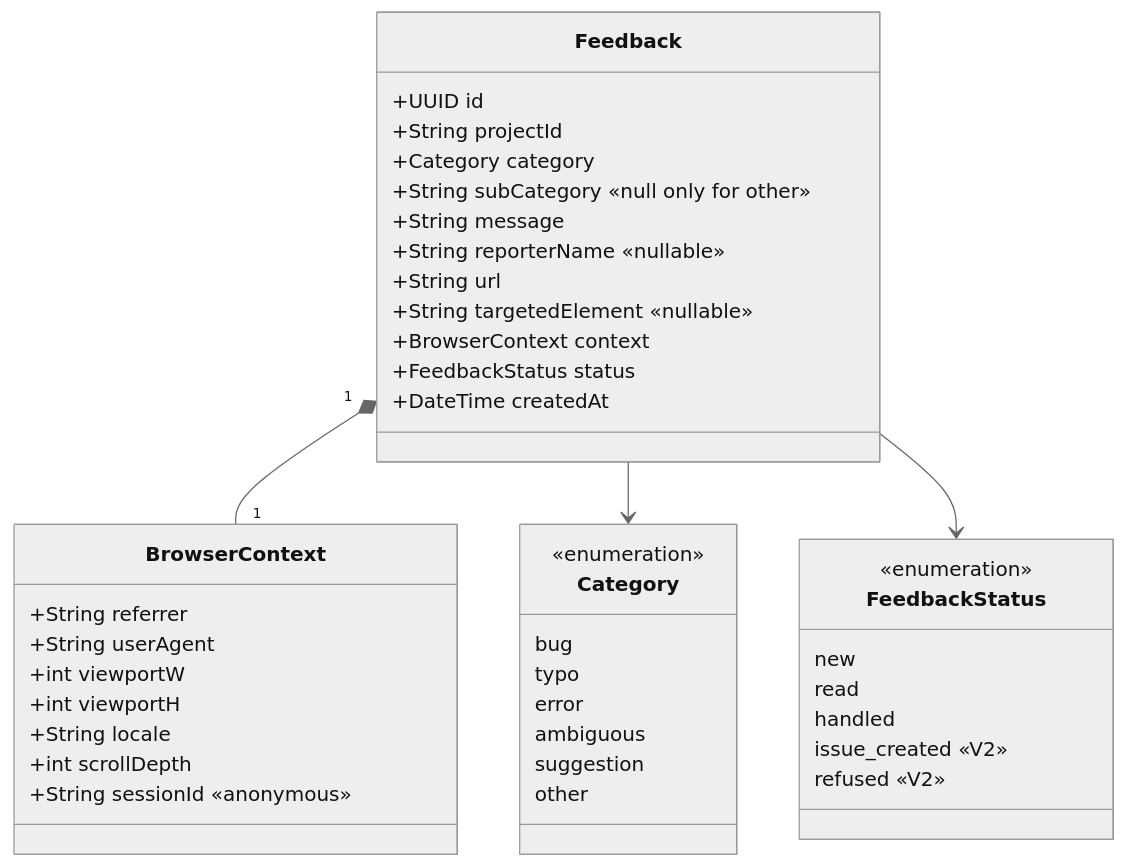
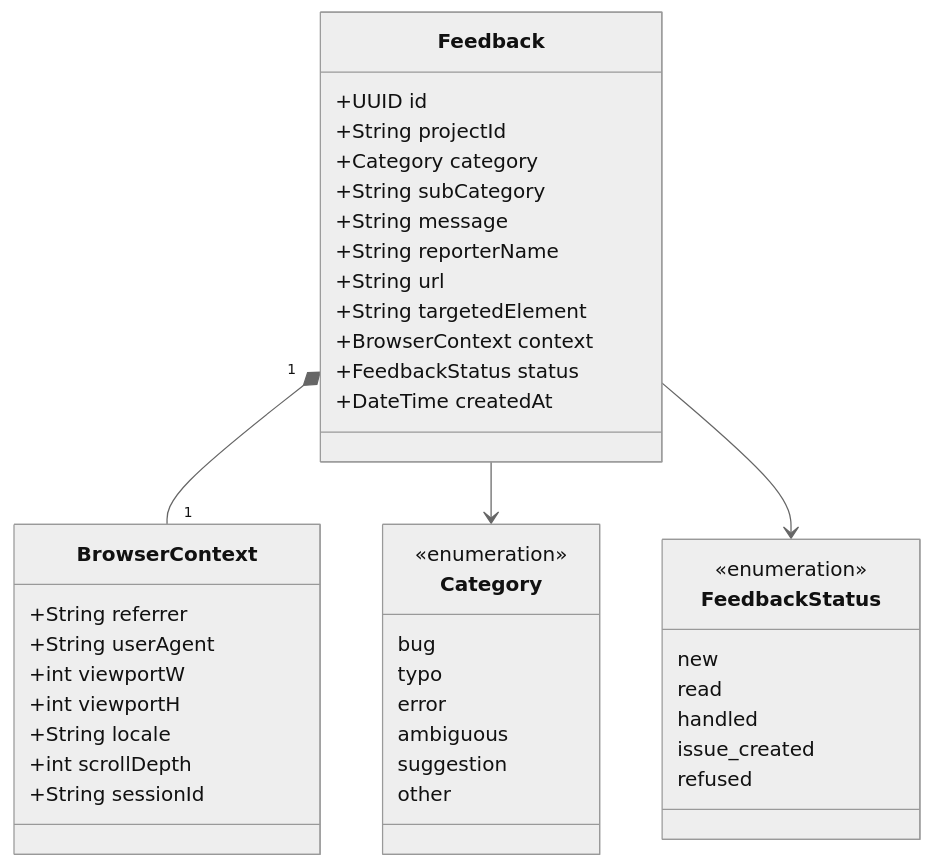
Before and after one commit to benoit-bremaud/feedback-widget: the diagram in docs/architecture/diagrams/feedback-dashboard/04-class.md, drawn with Mermaid (neutral theme). The commit also changed other lines of this file and 2 other files, not shown here.

Commit message:
docs(feedback-dashboard/architecture): apply UML review fixes
Use-case reduced to user-goal level (filter/mark-read/mark-handled are
steps, not use cases); class diagram annotations moved out of inline
Mermaid into notes; data-flow consolidated to one edge per hop with PII
prefixes.

````diff
--- a/docs/architecture/diagrams/feedback-dashboard/04-class.md
+++ b/docs/architecture/diagrams/feedback-dashboard/04-class.md
@@ -14,45 +15,45 @@
 ```mermaid
 classDiagram
   class Feedback {
     +UUID id
     +String projectId
     +Category category
-    +String subCategory  «null only for other»
+    +String subCategory
     +String message
-    +String reporterName  «nullable»
+    +String reporterName
     +String url
-    +String targetedElement  «nullable»
+    +String targetedElement
     +BrowserContext context
     +FeedbackStatus status
     +DateTime createdAt
   }
   class BrowserContext {
     +String referrer
     +String userAgent
     +int viewportW
     +int viewportH
     +String locale
     +int scrollDepth
-    +String sessionId  «anonymous»
+    +String sessionId
   }
   class Category {
     <<enumeration>>
     bug
     typo
     error
     ambiguous
     suggestion
     other
   }
   class FeedbackStatus {
     <<enumeration>>
     new
     read
     handled
-    issue_created  «V2»
-    refused  «V2»
+    issue_created
+    refused
   }
   Feedback "1" *-- "1" BrowserContext
   Feedback --> Category
   Feedback --> FeedbackStatus
 ```
````
